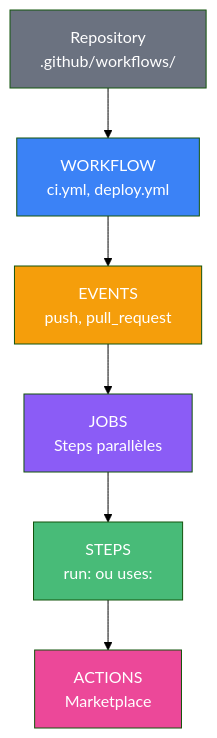
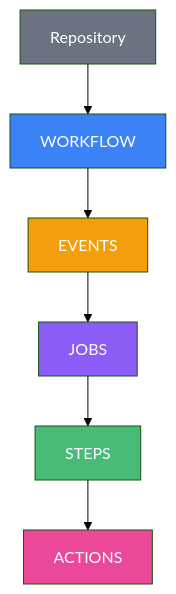
The third of 3 diagrams in slides/05-cicd-github-actions.md (Foreach-Academy-France/formation-devops-initiation), drawn with Mermaid (forest theme) before and after one commit. The commit also changed other lines of this file, not shown here.

First line of the commit message:
🐛 fix(slides): simplify Mermaid flowcharts without line breaks in Module 05

```diff
--- a/slides/05-cicd-github-actions.md
+++ b/slides/05-cicd-github-actions.md
@@ -275,15 +277,15 @@
 <div class="mermaid">
 flowchart TD
-    A["Repository<br>.github/workflows/"] --> B["WORKFLOW<br>ci.yml, deploy.yml"]
-    B --> C["EVENTS<br>push, pull_request"]
-    C --> D["JOBS<br>Steps parallèles"]
-    D --> E["STEPS<br>run: ou uses:"]
-    E --> F["ACTIONS<br>Marketplace"]
+    A[Repository] --> B[WORKFLOW]
+    B --> C[EVENTS]
+    C --> D[JOBS]
+    D --> E[STEPS]
+    E --> F[ACTIONS]
 
     style A fill:#6b7280,color:#fff
     style B fill:#3b82f6,color:#fff
     style C fill:#f59e0b,color:#fff
     style D fill:#8b5cf6,color:#fff
     style E fill:#48bb78,color:#fff
     style F fill:#ec4899,color:#fff
 </div>
```
